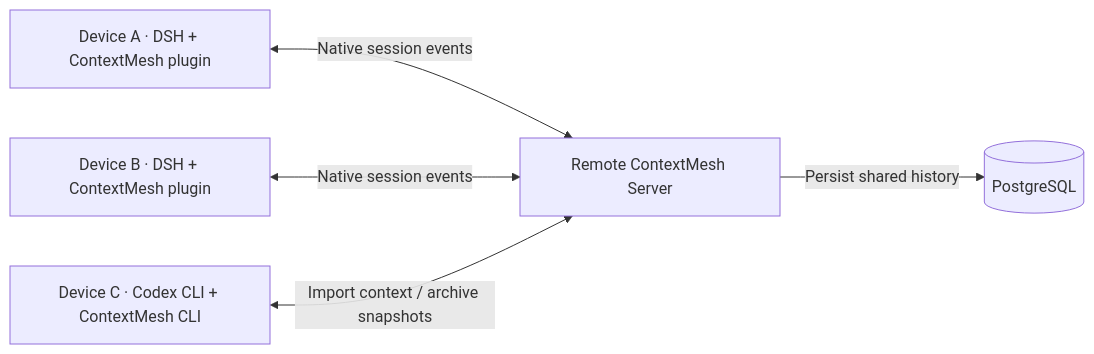
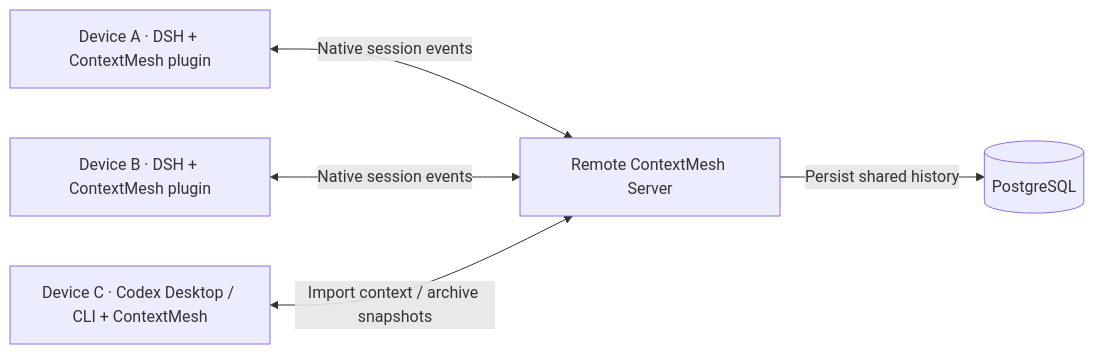
Before and after one commit to MarsZheng666/ContextMesh: the diagram in README.md, drawn with Mermaid. The commit also changed other lines of this file and 36 other files, not shown here.

Commit message:
feat: add ContextMesh Codex desktop panel

````diff
--- a/README.md
+++ b/README.md
@@ -15,7 +15,7 @@
 ```mermaid
 flowchart LR
   A["Device A · DSH + ContextMesh plugin"] <-->|"Native session events"| S["Remote ContextMesh Server"]
   B["Device B · DSH + ContextMesh plugin"] <-->|"Native session events"| S
-  C["Device C · Codex CLI + ContextMesh CLI"] <-->|"Import context / archive snapshots"| S
+  C["Device C · Codex Desktop / CLI + ContextMesh"] <-->|"Import context / archive snapshots"| S
   S -->|"Persist shared history"| DB[(PostgreSQL)]
 ```
````
